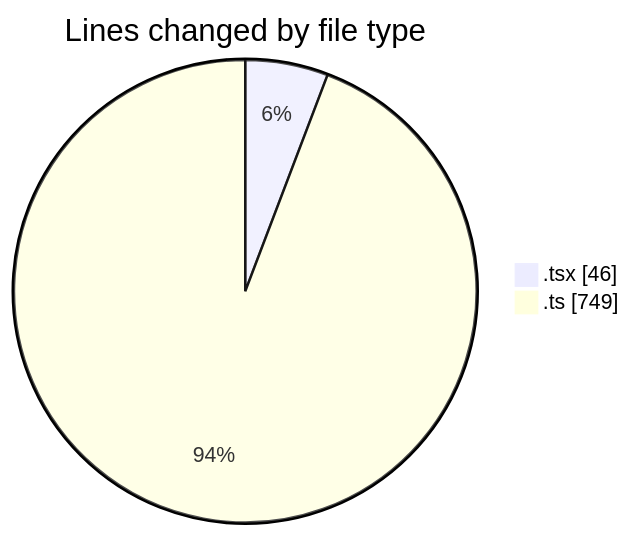
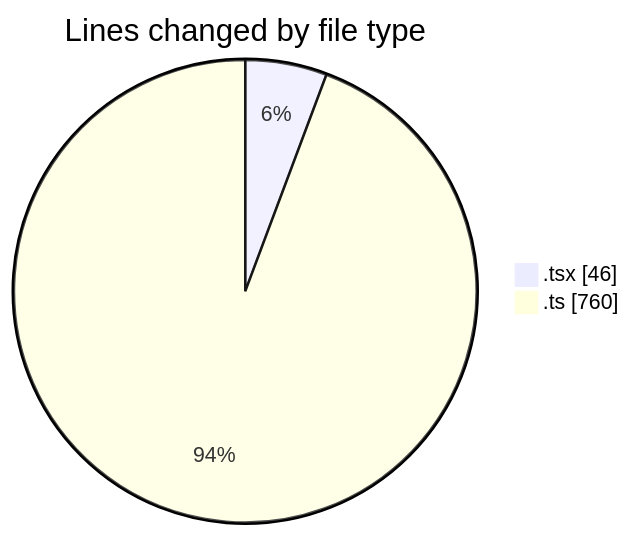
One commit to nxtqubesakshisongat/code-tracking changed the first of 2 diagrams in 2026-02-27/nxtqube_webapp/README.md. Above: the diagram before and after it, drawn with Mermaid. The commit also changed other lines of this file and 1 other file, not shown here.

````diff
--- a/2026-02-27/nxtqube_webapp/README.md
+++ b/2026-02-27/nxtqube_webapp/README.md
@@ -21,6 +21,6 @@
 ```mermaid
 pie showData
 title Lines changed by file type
 ".tsx" : 46
-".ts" : 749
+".ts" : 760
 ```
````
